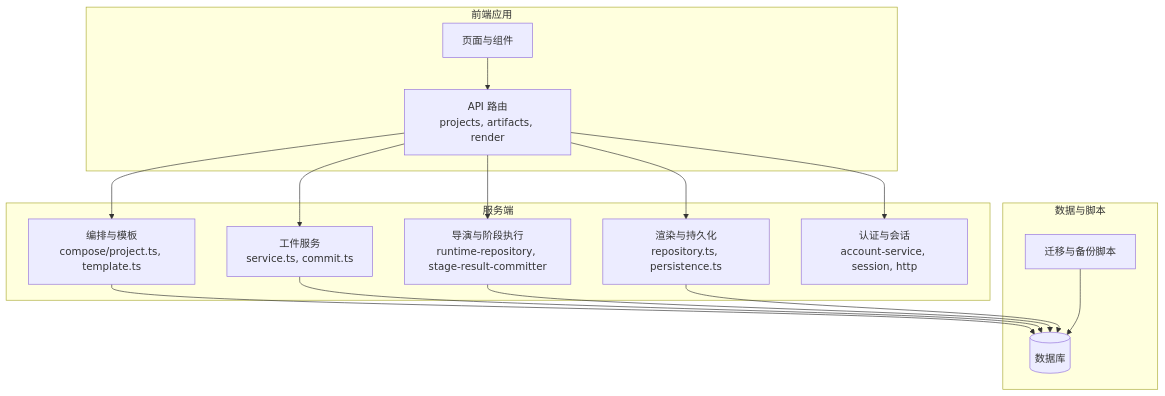
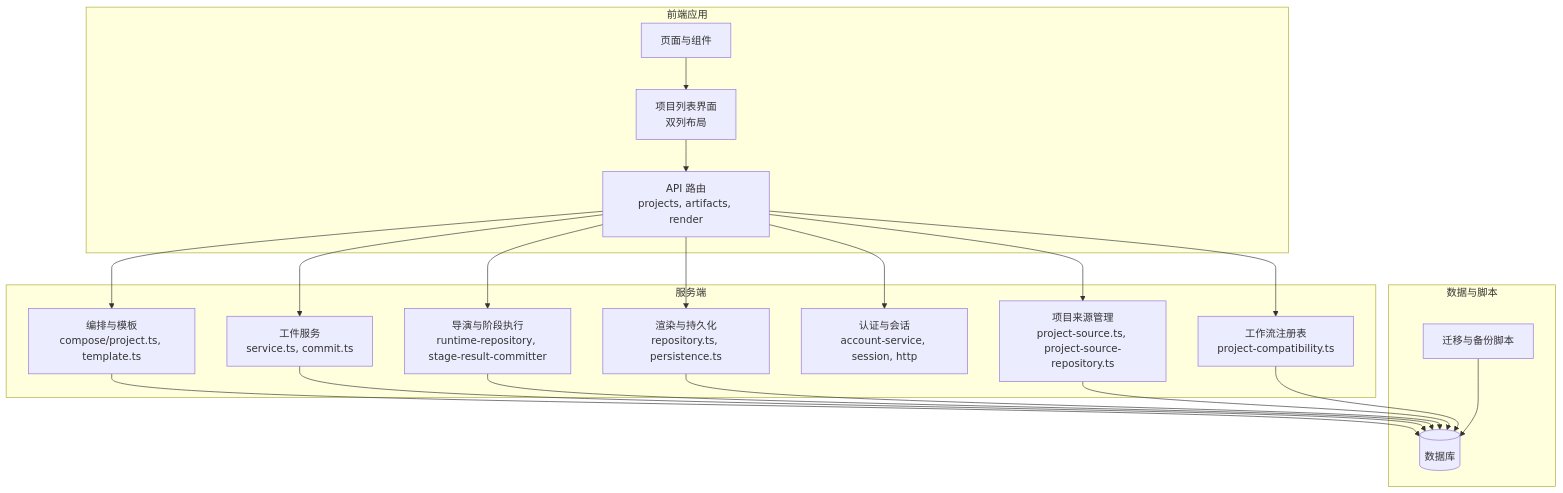
One commit to scottcwy/PurpleInk changed the first of 15 diagrams in .qoder/repowiki/zh/content/项目管理/项目管理.md. Above: the diagram before and after it, drawn with Mermaid. The commit also changed other lines of this file and 29 other files, not shown here.

````diff
--- a/.qoder/repowiki/zh/content/项目管理/项目管理.md
+++ b/.qoder/repowiki/zh/content/项目管理/项目管理.md
@@ -54,29 +70,37 @@
 ```mermaid
 graph TB
 subgraph "前端应用"
 UI["页面与组件"]
+ProjectList["项目列表界面<br/>双列布局"]
 API_Routes["API 路由<br/>projects, artifacts, render"]
 end
 subgraph "服务端"
 Compose["编排与模板<br/>compose/project.ts, template.ts"]
 Director["导演与阶段执行<br/>runtime-repository, stage-result-committer"]
 Artifacts["工件服务<br/>service.ts, commit.ts"]
 Render["渲染与持久化<br/>repository.ts, persistence.ts"]
 Auth["认证与会话<br/>account-service, session, http"]
+ProjectSources["项目来源管理<br/>project-source.ts, project-source-repository.ts"]
+WorkflowRegistry["工作流注册表<br/>project-compatibility.ts"]
 end
 subgraph "数据与脚本"
 DB[("数据库")]
 Scripts["迁移与备份脚本"]
 end
-UI --> API_Routes
+UI --> ProjectList
+ProjectList --> API_Routes
 API_Routes --> Compose
 API_Routes --> Artifacts
 API_Routes --> Director
 API_Routes --> Render
 API_Routes --> Auth
+API_Routes --> ProjectSources
+API_Routes --> WorkflowRegistry
 Compose --> DB
 Artifacts --> DB
 Director --> DB
 Render --> DB
+ProjectSources --> DB
+WorkflowRegistry --> DB
 Scripts --> DB
 ```
````
